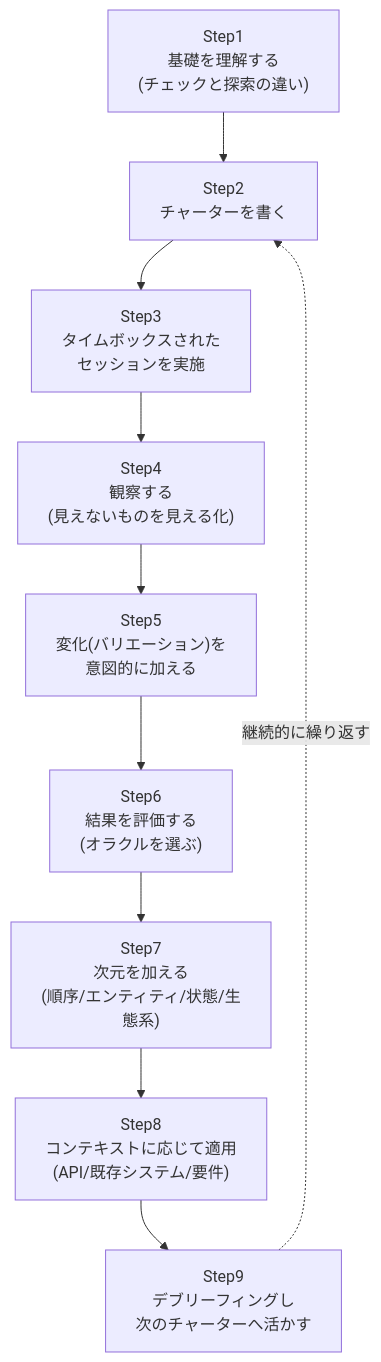
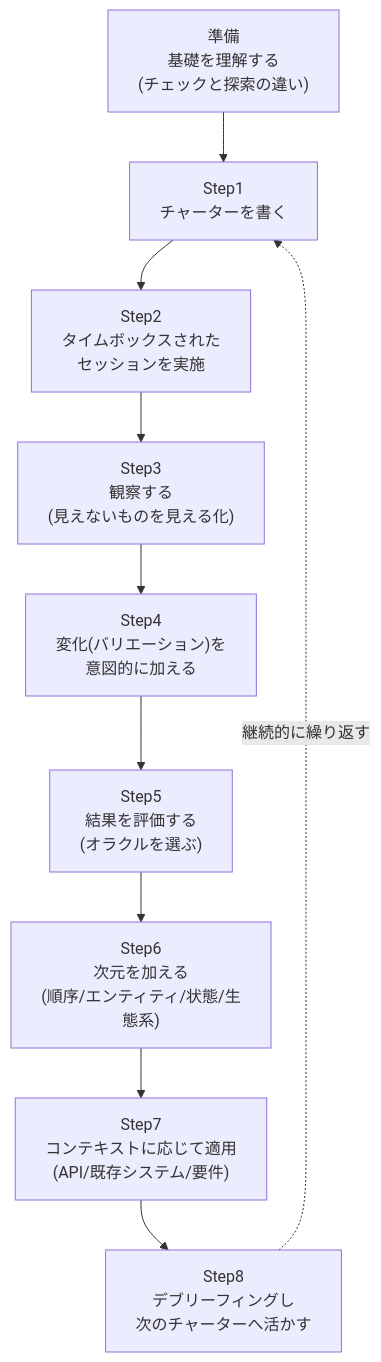
Before and after one commit to myoshi2891/Quality-Assurance-Studies: the second of 8 diagrams in Explore-it-guide.md, drawn with Mermaid. The commit also changed other lines of this file and 2 other files, not shown here.

````diff
--- a/Explore-it-guide.md
+++ b/Explore-it-guide.md
@@ -110,12 +110,12 @@
 ```mermaid
 flowchart TD
-    S1["Step1<br/>基礎を理解する<br/>(チェックと探索の違い)"] --> S2["Step2<br/>チャーターを書く"]
-    S2 --> S3["Step3<br/>タイムボックスされた<br/>セッションを実施"]
-    S3 --> S4["Step4<br/>観察する<br/>(見えないものを見える化)"]
-    S4 --> S5["Step5<br/>変化(バリエーション)を<br/>意図的に加える"]
-    S5 --> S6["Step6<br/>結果を評価する<br/>(オラクルを選ぶ)"]
-    S6 --> S7["Step7<br/>次元を加える<br/>(順序/エンティティ/状態/生態系)"]
-    S7 --> S8["Step8<br/>コンテキストに応じて適用<br/>(API/既存システム/要件)"]
-    S8 --> S9["Step9<br/>デブリーフィングし<br/>次のチャーターへ活かす"]
+    S1["準備<br/>基礎を理解する<br/>(チェックと探索の違い)"] --> S2["Step1<br/>チャーターを書く"]
+    S2 --> S3["Step2<br/>タイムボックスされた<br/>セッションを実施"]
+    S3 --> S4["Step3<br/>観察する<br/>(見えないものを見える化)"]
+    S4 --> S5["Step4<br/>変化(バリエーション)を<br/>意図的に加える"]
+    S5 --> S6["Step5<br/>結果を評価する<br/>(オラクルを選ぶ)"]
+    S6 --> S7["Step6<br/>次元を加える<br/>(順序/エンティティ/状態/生態系)"]
+    S7 --> S8["Step7<br/>コンテキストに応じて適用<br/>(API/既存システム/要件)"]
+    S8 --> S9["Step8<br/>デブリーフィングし<br/>次のチャーターへ活かす"]
     S9 -.->|継続的に繰り返す| S2
 ```
````
